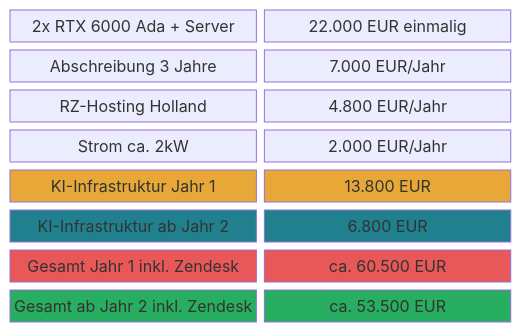
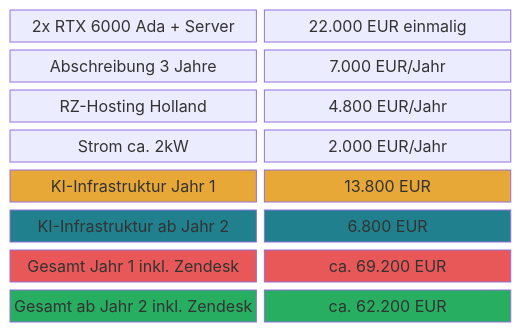
One commit to tekknix/zendesk-ai changed the sixth of 11 diagrams in readme.md. Above: the diagram before and after it, drawn with Mermaid. The commit also changed other lines of this file, not shown here.

````diff
--- a/readme.md
+++ b/readme.md
@@ -135,21 +135,21 @@
 ```mermaid
 block-beta
     columns 2
     A["2x RTX 6000 Ada + Server"]:1 B["22.000 EUR einmalig"]:1
     C["Abschreibung 3 Jahre"]:1 D["7.000 EUR/Jahr"]:1
     E["RZ-Hosting Holland"]:1 F["4.800 EUR/Jahr"]:1
     G["Strom ca. 2kW"]:1 H["2.000 EUR/Jahr"]:1
     I["KI-Infrastruktur Jahr 1"]:1 J["13.800 EUR"]:1
     K["KI-Infrastruktur ab Jahr 2"]:1 L["6.800 EUR"]:1
-    M["Gesamt Jahr 1 inkl. Zendesk"]:1 N["ca. 60.500 EUR"]:1
-    O["Gesamt ab Jahr 2 inkl. Zendesk"]:1 P["ca. 53.500 EUR"]:1
+    M["Gesamt Jahr 1 inkl. Zendesk"]:1 N["ca. 69.200 EUR"]:1
+    O["Gesamt ab Jahr 2 inkl. Zendesk"]:1 P["ca. 62.200 EUR"]:1
 
     style I fill:#E8A838,color:#333
     style J fill:#E8A838,color:#333
     style K fill:#20808D,color:#fff
     style L fill:#20808D,color:#fff
     style M fill:#E85858,color:#fff
     style N fill:#E85858,color:#fff
     style O fill:#27AE60,color:#fff
     style P fill:#27AE60,color:#fff
 ```
````
